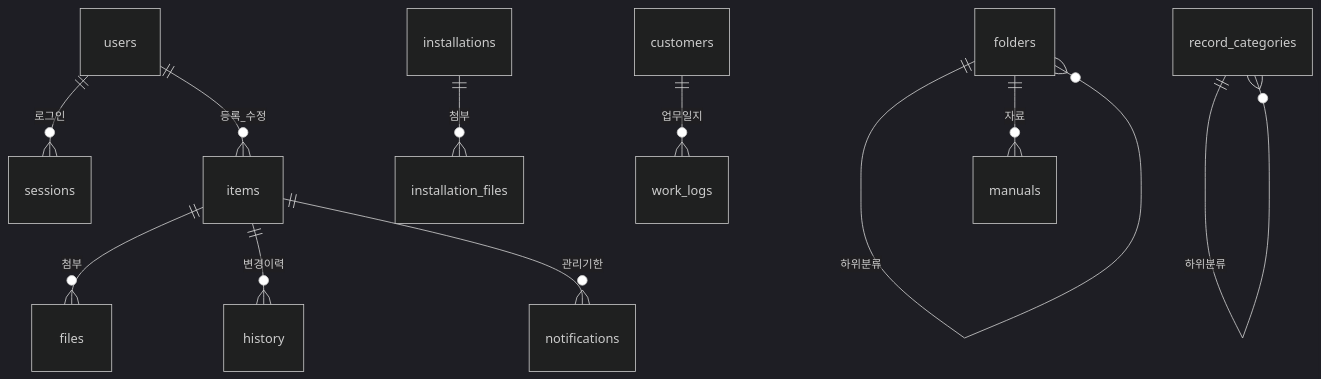
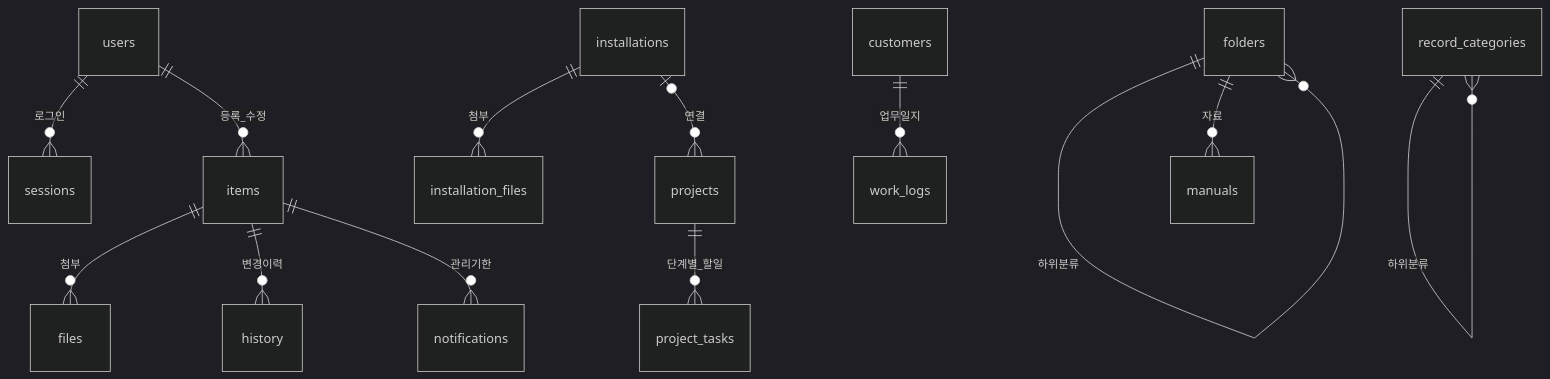
One commit to dykim-tech/portal changed the first of 2 diagrams in docs/PORTAL_DESIGN.md. Above: the diagram before and after it, drawn with Mermaid (dark theme). The commit also changed other lines of this file and 43 other files, not shown here.

```diff
--- a/docs/PORTAL_DESIGN.md
+++ b/docs/PORTAL_DESIGN.md
@@ -48,13 +59,15 @@
 ~~~mermaid
 erDiagram
   users ||--o{ sessions : 로그인
   users ||--o{ items : 등록_수정
   items ||--o{ files : 첨부
   items ||--o{ history : 변경이력
   items ||--o{ notifications : 관리기한
   installations ||--o{ installation_files : 첨부
+  installations |o--o{ projects : 연결
+  projects ||--o{ project_tasks : 단계별_할일
   folders ||--o{ folders : 하위분류
   folders ||--o{ manuals : 자료
   record_categories ||--o{ record_categories : 하위분류
   customers ||--o{ work_logs : 업무일지
 ~~~
```
